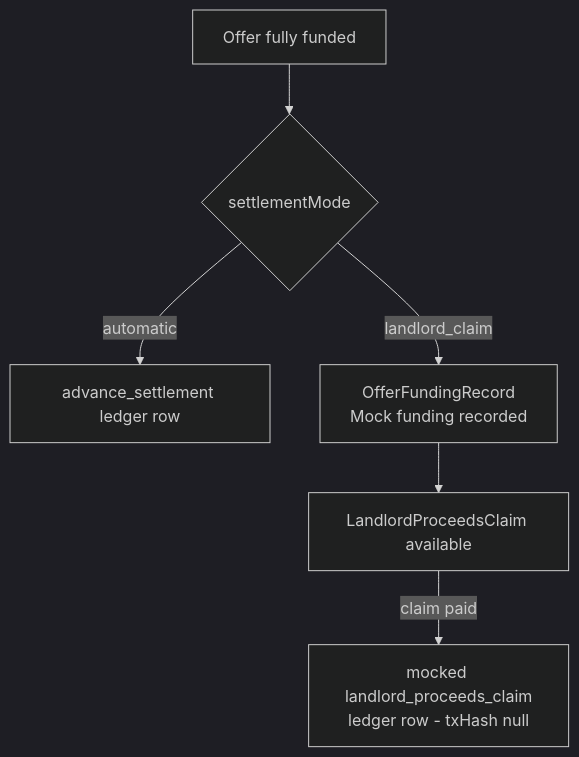
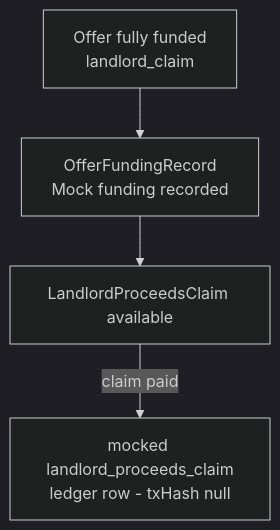
One commit to Kolektivo/merkado-labs changed the diagram in docs/05-architecture.md. Above: the diagram before and after it, drawn with Mermaid (dark theme). The commit also changed other lines of this file and 23 other files, not shown here.

Commit message:
fix(claim): use landlord proceeds claims for every offer

````diff
--- a/docs/05-architecture.md
+++ b/docs/05-architecture.md
@@ -81,8 +85,6 @@
 ```mermaid
 flowchart TD
-    F[Offer fully funded] --> M{settlementMode}
-    M -->|automatic| A[advance_settlement ledger row]
-    M -->|landlord_claim| R[OfferFundingRecord<br/>Mock funding recorded]
+    F[Offer fully funded<br/>landlord_claim] --> R[OfferFundingRecord<br/>Mock funding recorded]
     R --> C[LandlordProceedsClaim available]
     C -->|claim paid| P[mocked landlord_proceeds_claim<br/>ledger row - txHash null]
 ```
````
